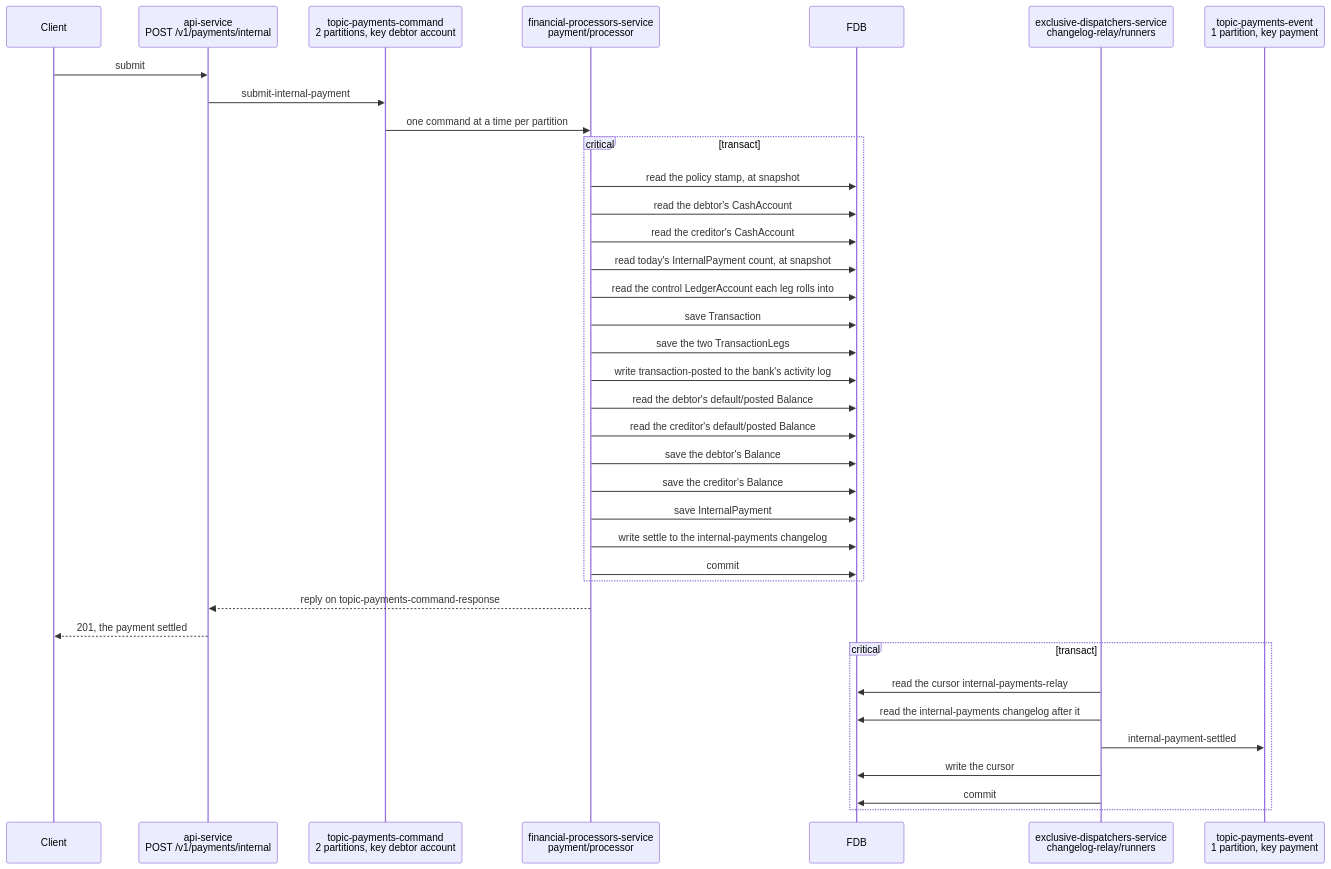
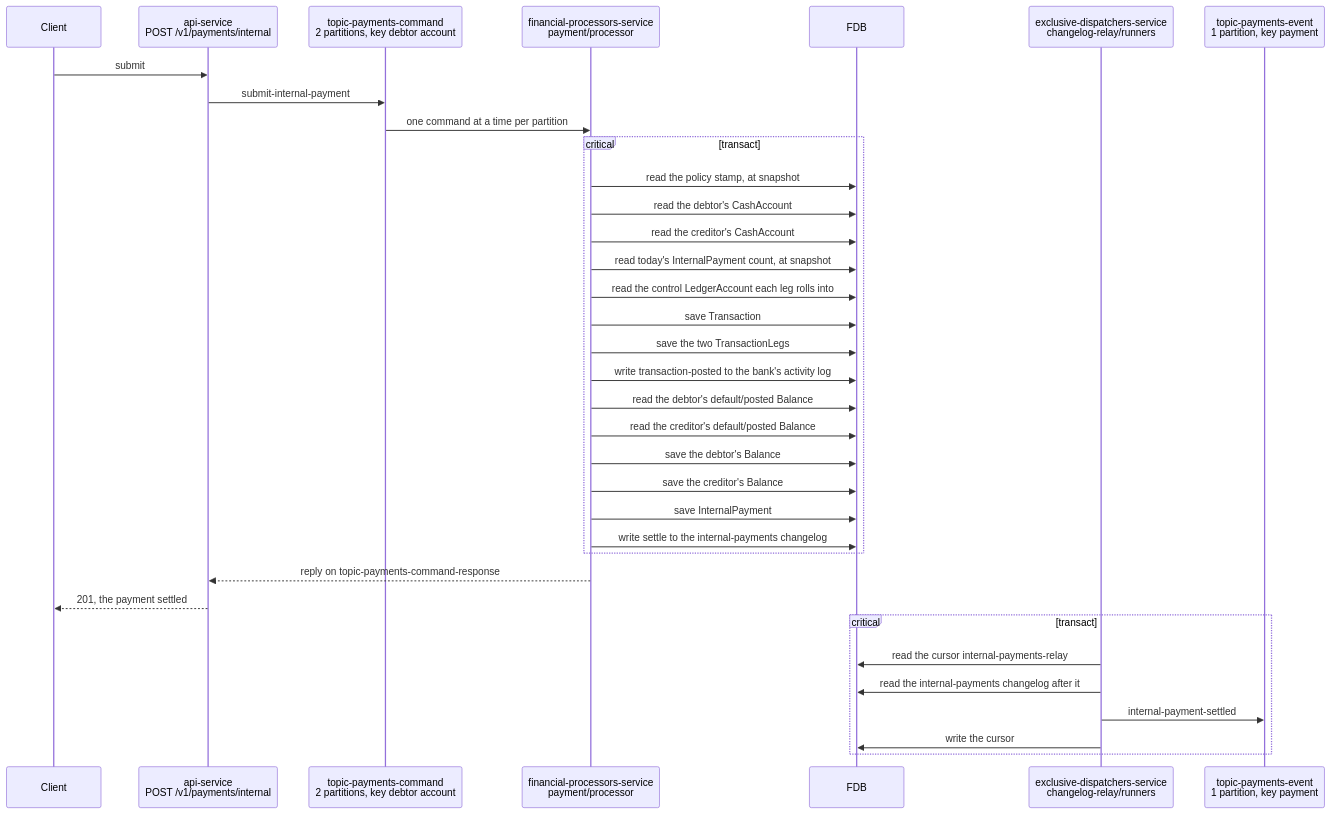
The first of 2 diagrams in docs/tdd/payments-internal.md (repldriven/queenswood), drawn with Mermaid before and after one commit. The commit also changed other lines of this file, not shown here.

First line of the commit message:
Draw each FDB transaction as a commit to it, and name every participant as it is in the code

````diff
--- a/docs/tdd/payments-internal.md
+++ b/docs/tdd/payments-internal.md
@@ -60,39 +62,37 @@
 ```mermaid
 sequenceDiagram
     participant C as Client
     participant API as api-service<br/>POST /v1/payments/internal
     participant PC as topic-payments-command<br/>2 partitions, key debtor account
     participant PP as financial-processors-service<br/>payment/processor
     participant DB as FDB
     participant RR as exclusive-dispatchers-service<br/>changelog-relay/runners
     participant PE as topic-payments-event<br/>1 partition, key payment
     C->>API: submit
     API->>PC: submit-internal-payment
     PC->>PP: one command at a time per partition
     critical transact
     PP->>DB: read the policy stamp, at snapshot
     PP->>DB: read the debtor's CashAccount
     PP->>DB: read the creditor's CashAccount
     PP->>DB: read today's InternalPayment count, at snapshot
     PP->>DB: read the control LedgerAccount each leg rolls into
     PP->>DB: save Transaction
     PP->>DB: save the two TransactionLegs
     PP->>DB: write transaction-posted to the bank's activity log
     PP->>DB: read the debtor's default/posted Balance
     PP->>DB: read the creditor's default/posted Balance
     PP->>DB: save the debtor's Balance
     PP->>DB: save the creditor's Balance
     PP->>DB: save InternalPayment
     PP->>DB: write settle to the internal-payments changelog
-    PP->>DB: commit
     end
     PP-->>API: reply on topic-payments-command-response
     API-->>C: 201, the payment settled
     critical transact
     RR->>DB: read the cursor internal-payments-relay
     RR->>DB: read the internal-payments changelog after it
     RR->>PE: internal-payment-settled
     RR->>DB: write the cursor
-    RR->>DB: commit
     end
 ```
````
